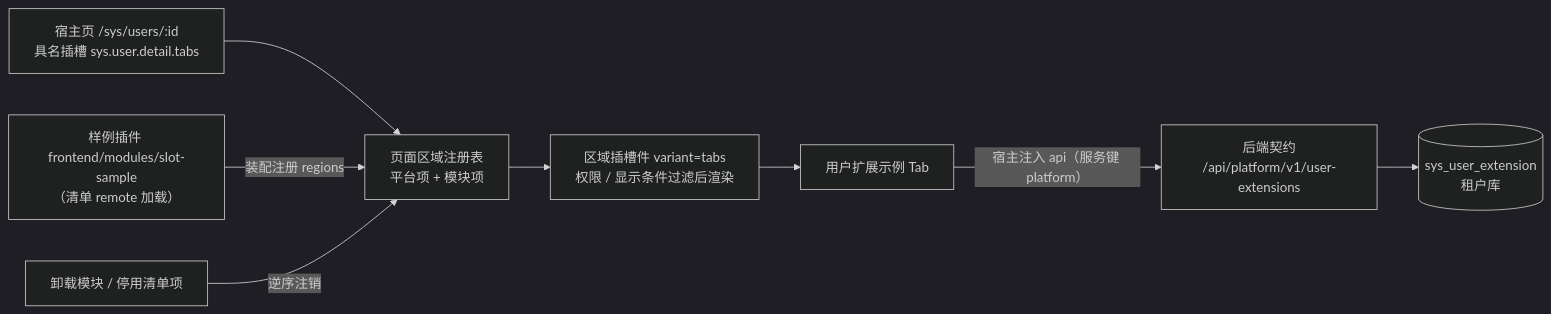
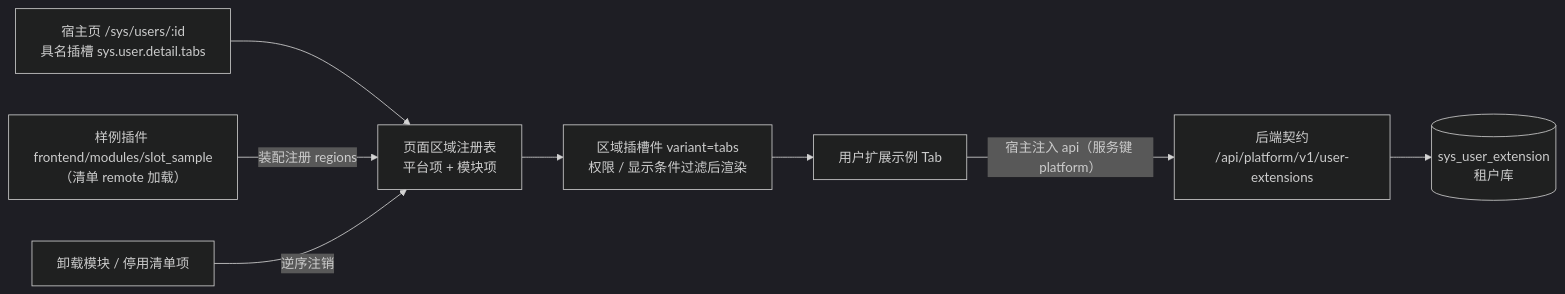
Before and after one commit to minjian123/basic-management-system: the diagram in bms文档/项目/05_前端插件化/任务/06_具名插槽与插件挂接/06_具名插槽与插件挂接_01_具名插槽基座功能与前后端配套插件/设计/01_详细设计_06_具名插槽与插件挂接_01_具名插槽基座功能与前后端配套插件.md, drawn with Mermaid (dark theme). The commit also changed other lines of this file and 919 other files, not shown here.

````diff
--- a/bms文档/项目/05_前端插件化/任务/06_具名插槽与插件挂接/06_具名插槽与插件挂接_01_具名插槽基座功能与前后端配套插件/设计/01_详细设计_06_具名插槽与插件挂接_01_具名插槽基座功能与前后端配套插件.md
+++ b/bms文档/项目/05_前端插件化/任务/06_具名插槽与插件挂接/06_具名插槽与插件挂接_01_具名插槽基座功能与前后端配套插件/设计/01_详细设计_06_具名插槽与插件挂接_01_具名插槽基座功能与前后端配套插件.md
@@ -212,10 +212,10 @@
 ```mermaid
 flowchart LR
     HOST["宿主页 /sys/users/:id<br/>具名插槽 sys.user.detail.tabs"] --> REG["页面区域注册表<br/>平台项 + 模块项"]
-    PLG["样例插件 frontend/modules/slot-sample<br/>（清单 remote 加载）"] -->|"装配注册 regions"| REG
+    PLG["样例插件 frontend/modules/slot_sample<br/>（清单 remote 加载）"] -->|"装配注册 regions"| REG
     REG --> OUT["区域插槽件 variant=tabs<br/>权限 / 显示条件过滤后渲染"]
     OUT --> TAB["用户扩展示例 Tab"]
     TAB -->|"宿主注入 api（服务键 platform）"| API["后端契约<br/>/api/platform/v1/user-extensions"]
     API --> DB[("sys_user_extension<br/>租户库")]
     UNMOUNT["卸载模块 / 停用清单项"] -->|"逆序注销"| REG
 ```
````
